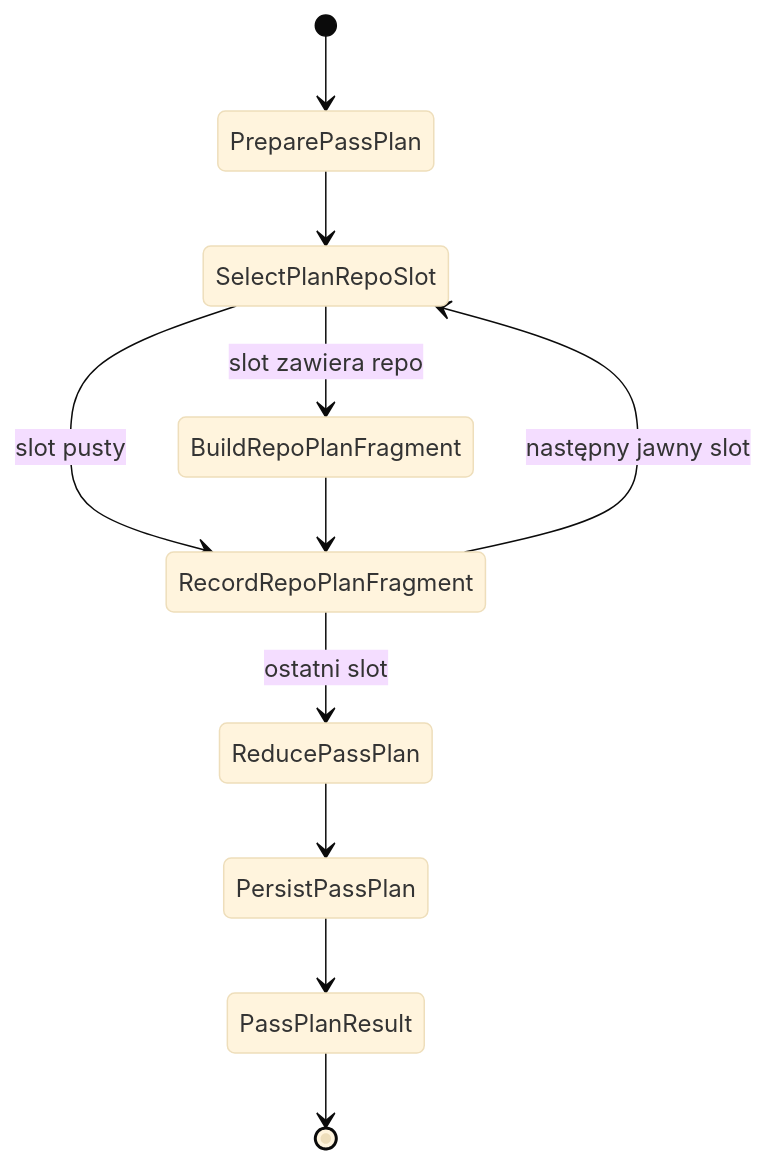
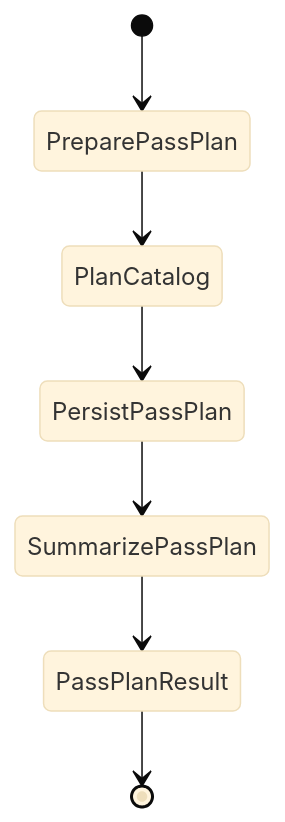
The seventh of 39 diagrams in README.md (mikolaj92/lokay), drawn with Mermaid (base theme) before and after one commit. The commit also changed other lines of this file and 16 other files, not shown here.

First line of the commit message:
fix: collapse plan_pass and select_implement to catalog atoms

````diff
--- a/README.md
+++ b/README.md
@@ -266,13 +266,9 @@
 ```mermaid
 stateDiagram-v2
     [*] --> PreparePassPlan
-    PreparePassPlan --> SelectPlanRepoSlot
-    SelectPlanRepoSlot --> BuildRepoPlanFragment: slot zawiera repo
-    SelectPlanRepoSlot --> RecordRepoPlanFragment: slot pusty
-    BuildRepoPlanFragment --> RecordRepoPlanFragment
-    RecordRepoPlanFragment --> SelectPlanRepoSlot: następny jawny slot
-    RecordRepoPlanFragment --> ReducePassPlan: ostatni slot
-    ReducePassPlan --> PersistPassPlan
-    PersistPassPlan --> PassPlanResult
+    PreparePassPlan --> PlanCatalog
+    PlanCatalog --> PersistPassPlan
+    PersistPassPlan --> SummarizePassPlan
+    SummarizePassPlan --> PassPlanResult
     PassPlanResult --> [*]
 ```
````
